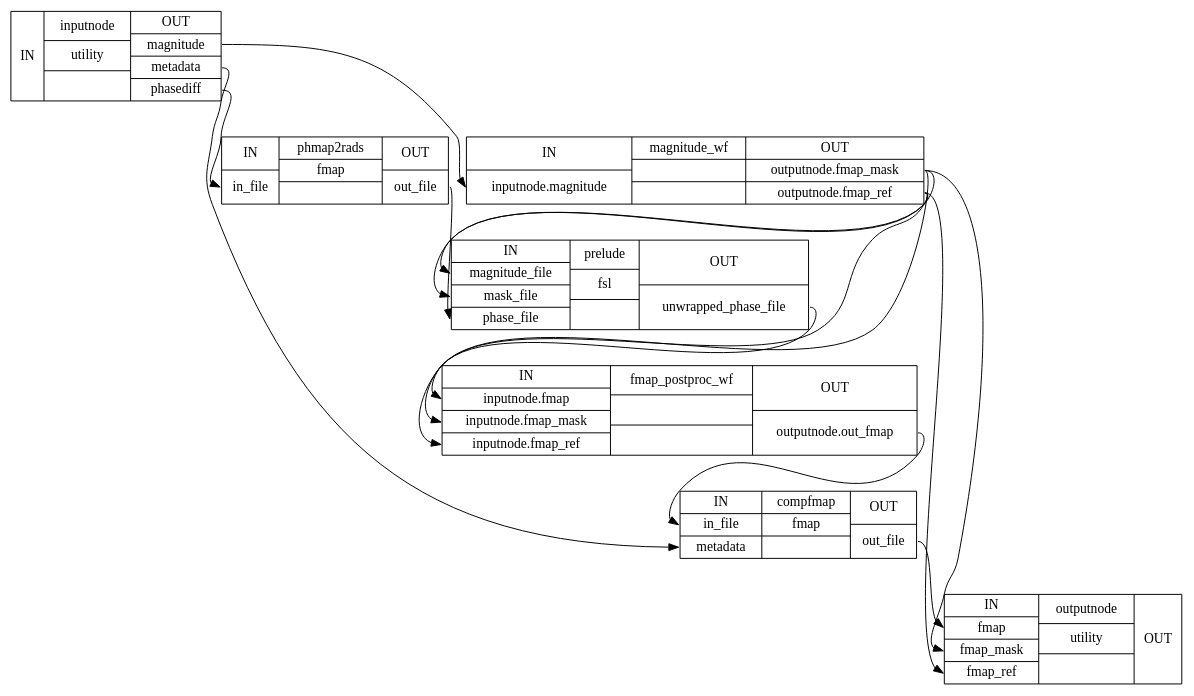
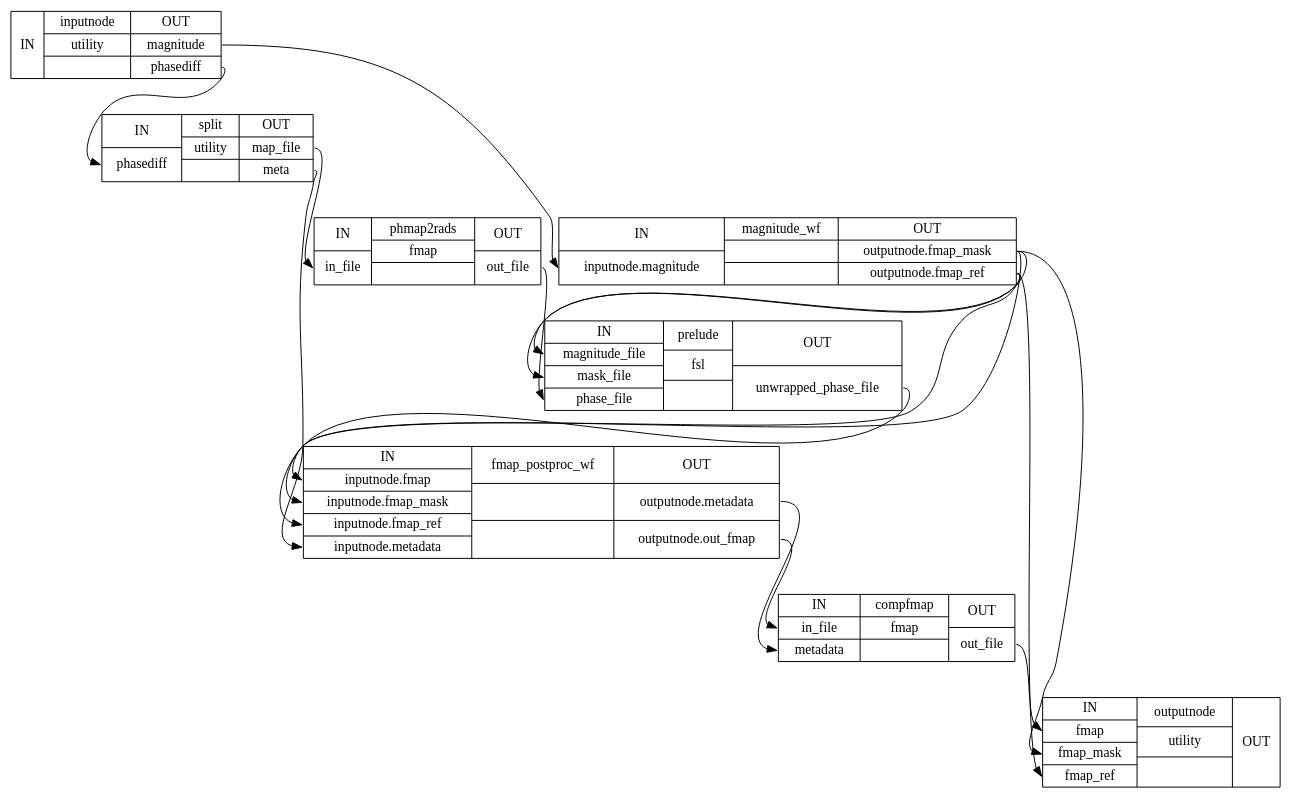
One commit to wayne009007/sdcflows changed the diagram in wf_directive/api/phdiff_wf/sdcflows-workflows-phdiff-1_detailed.dot. Above: the diagram before and after it, drawn with Graphviz. The commit also changed 189 other files, not shown here.

```diff
--- a/wf_directive/api/phdiff_wf/sdcflows-workflows-phdiff-1_detailed.dot
+++ b/wf_directive/api/phdiff_wf/sdcflows-workflows-phdiff-1_detailed.dot
@@ -1,23 +1,26 @@
 digraph structs {
 node [shape=record];
-phdiff_wfinputnode [label="{IN}|{ inputnode | utility |  }|{OUT|<outmagnitude> magnitude|<outmetadata> metadata|<outphasediff> phasediff}"];
+phdiff_wfinputnode [label="{IN}|{ inputnode | utility |  }|{OUT|<outmagnitude> magnitude|<outphasediff> phasediff}"];
+phdiff_wfmagnitude_wf [label="{IN|<ininputnodemagnitude> inputnode.magnitude}|{ magnitude_wf |  |  }|{OUT|<outoutputnodefmapmask> outputnode.fmap_mask|<outoutputnodefmapref> outputnode.fmap_ref}"];
+phdiff_wfsplit [label="{IN|<inphasediff> phasediff}|{ split | utility |  }|{OUT|<outmapfile> map_file|<outmeta> meta}"];
 phdiff_wfphmap2rads [label="{IN|<ininfile> in_file}|{ phmap2rads | fmap |  }|{OUT|<outoutfile> out_file}"];
-phdiff_wfmagnitude_wf [label="{IN|<ininputnodemagnitude> inputnode.magnitude}|{ magnitude_wf |  |  }|{OUT|<outoutputnodefmapmask> outputnode.fmap_mask|<outoutputnodefmapref> outputnode.fmap_ref}"];
 phdiff_wfprelude [label="{IN|<inmagnitudefile> magnitude_file|<inmaskfile> mask_file|<inphasefile> phase_file}|{ prelude | fsl |  }|{OUT|<outunwrappedphasefile> unwrapped_phase_file}"];
-phdiff_wffmap_postproc_wf [label="{IN|<ininputnodefmap> inputnode.fmap|<ininputnodefmapmask> inputnode.fmap_mask|<ininputnodefmapref> inputnode.fmap_ref}|{ fmap_postproc_wf |  |  }|{OUT|<outoutputnodeoutfmap> outputnode.out_fmap}"];
+phdiff_wffmap_postproc_wf [label="{IN|<ininputnodefmap> inputnode.fmap|<ininputnodefmapmask> inputnode.fmap_mask|<ininputnodefmapref> inputnode.fmap_ref|<ininputnodemetadata> inputnode.metadata}|{ fmap_postproc_wf |  |  }|{OUT|<outoutputnodemetadata> outputnode.metadata|<outoutputnodeoutfmap> outputnode.out_fmap}"];
 phdiff_wfcompfmap [label="{IN|<ininfile> in_file|<inmetadata> metadata}|{ compfmap | fmap |  }|{OUT|<outoutfile> out_file}"];
 phdiff_wfoutputnode [label="{IN|<infmap> fmap|<infmapmask> fmap_mask|<infmapref> fmap_ref}|{ outputnode | utility |  }|{OUT}"];
 phdiff_wfcompfmap:outoutfile:e -> phdiff_wfoutputnode:infmap:w;
+phdiff_wffmap_postproc_wf:outoutputnodemetadata:e -> phdiff_wfcompfmap:inmetadata:w;
 phdiff_wffmap_postproc_wf:outoutputnodeoutfmap:e -> phdiff_wfcompfmap:ininfile:w;
 phdiff_wfinputnode:outmagnitude:e -> phdiff_wfmagnitude_wf:ininputnodemagnitude:w;
-phdiff_wfinputnode:outmetadata:e -> phdiff_wfcompfmap:inmetadata:w;
-phdiff_wfinputnode:outphasediff:e -> phdiff_wfphmap2rads:ininfile:w;
+phdiff_wfinputnode:outphasediff:e -> phdiff_wfsplit:inphasediff:w;
 phdiff_wfmagnitude_wf:outoutputnodefmapmask:e -> phdiff_wffmap_postproc_wf:ininputnodefmapmask:w;
 phdiff_wfmagnitude_wf:outoutputnodefmapmask:e -> phdiff_wfoutputnode:infmapmask:w;
 phdiff_wfmagnitude_wf:outoutputnodefmapmask:e -> phdiff_wfprelude:inmaskfile:w;
 phdiff_wfmagnitude_wf:outoutputnodefmapref:e -> phdiff_wffmap_postproc_wf:ininputnodefmapref:w;
 phdiff_wfmagnitude_wf:outoutputnodefmapref:e -> phdiff_wfoutputnode:infmapref:w;
 phdiff_wfmagnitude_wf:outoutputnodefmapref:e -> phdiff_wfprelude:inmagnitudefile:w;
 phdiff_wfphmap2rads:outoutfile:e -> phdiff_wfprelude:inphasefile:w;
 phdiff_wfprelude:outunwrappedphasefile:e -> phdiff_wffmap_postproc_wf:ininputnodefmap:w;
+phdiff_wfsplit:outmapfile:e -> phdiff_wfphmap2rads:ininfile:w;
+phdiff_wfsplit:outmeta:e -> phdiff_wffmap_postproc_wf:ininputnodemetadata:w;
 }
```
